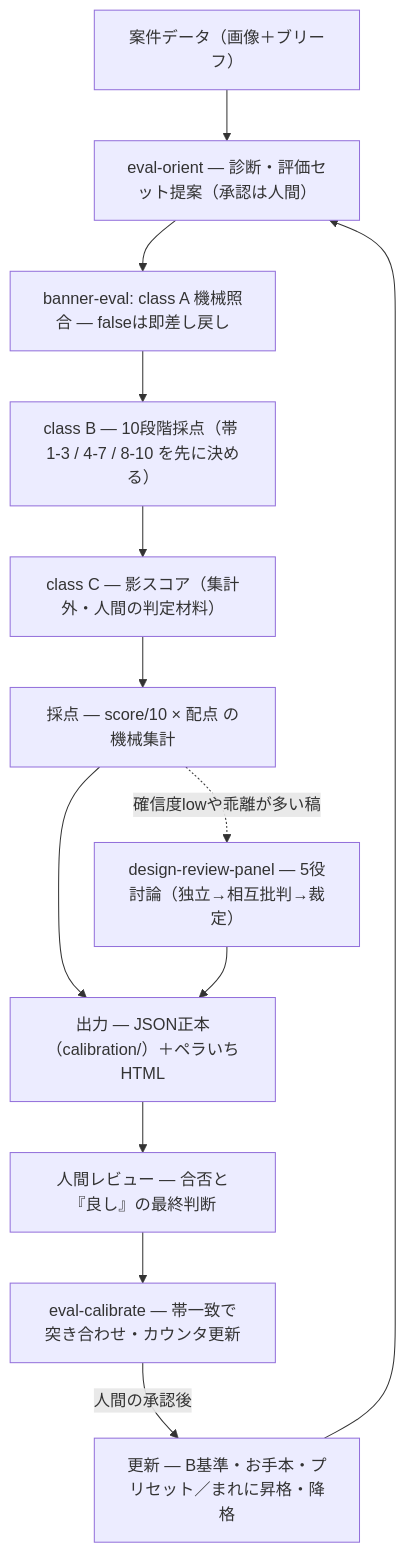
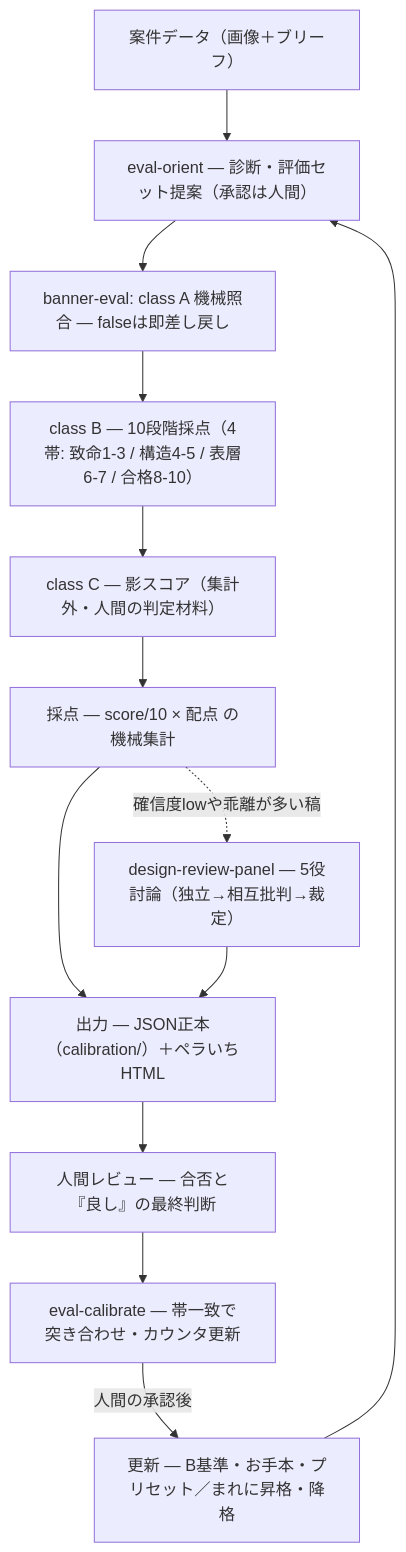
Before and after one commit to orimoaides/harness-skills: the diagram in README.md, drawn with Mermaid. The commit also changed 12 other files, not shown here.

First line of the commit message:
監査HIGH残件の決着: 帯4分割・意図宣言ルール・直す順一本化・二重減点解消・影スコア折りたたみ・injection防御

````diff
--- a/README.md
+++ b/README.md
@@ -19,15 +19,15 @@
 ```mermaid
 flowchart TD
   A["案件データ（画像＋ブリーフ）"] --> B["eval-orient — 診断・評価セット提案（承認は人間）"]
   B --> C1["banner-eval: class A 機械照合 — falseは即差し戻し"]
-  C1 --> C2["class B — 10段階採点（帯 1-3 / 4-7 / 8-10 を先に決める）"]
+  C1 --> C2["class B — 10段階採点（4帯: 致命1-3 / 構造4-5 / 表層6-7 / 合格8-10）"]
   C2 --> C3["class C — 影スコア（集計外・人間の判定材料）"]
   C3 --> C4["採点 — score/10 × 配点 の機械集計"]
   C4 -.->|確信度lowや乖離が多い稿| D["design-review-panel — 5役討論（独立→相互批判→裁定）"]
   C4 --> E["出力 — JSON正本（calibration/）＋ペラいちHTML"]
   D --> E
   E --> F["人間レビュー — 合否と『良し』の最終判断"]
   F --> G["eval-calibrate — 帯一致で突き合わせ・カウンタ更新"]
   G -->|人間の承認後| H["更新 — B基準・お手本・プリセット／まれに昇格・降格"]
   H --> B
 ```
````
